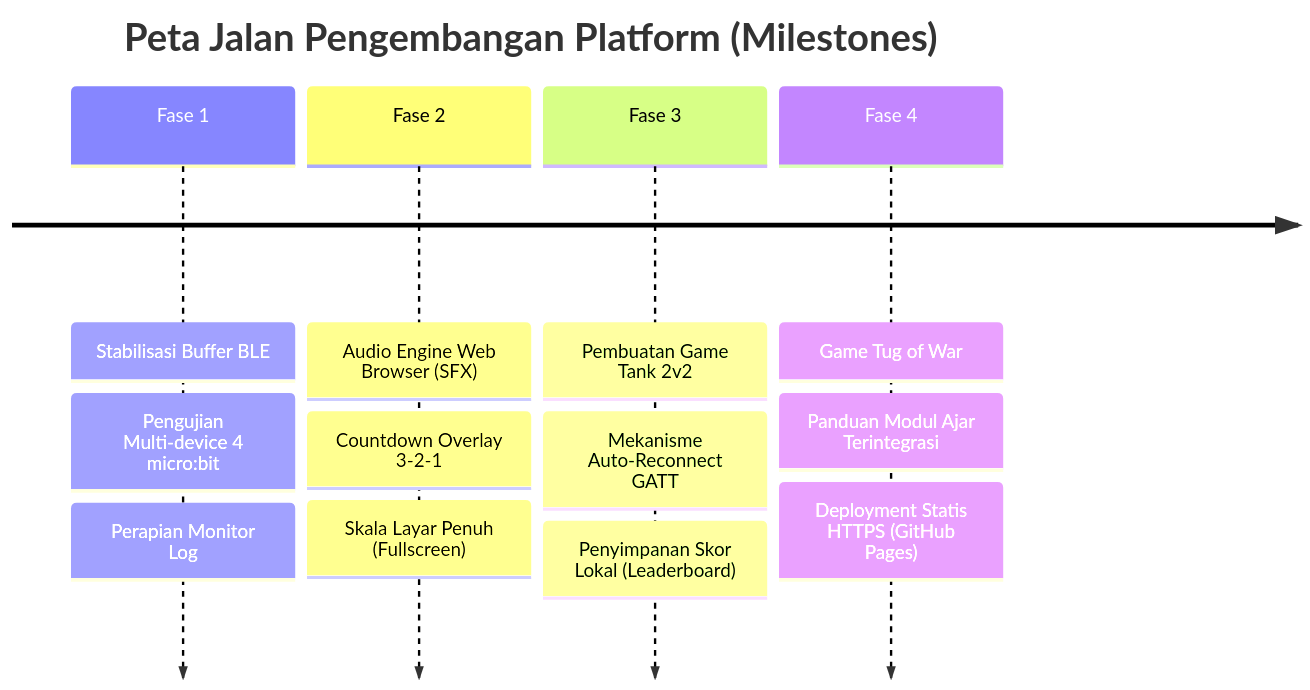
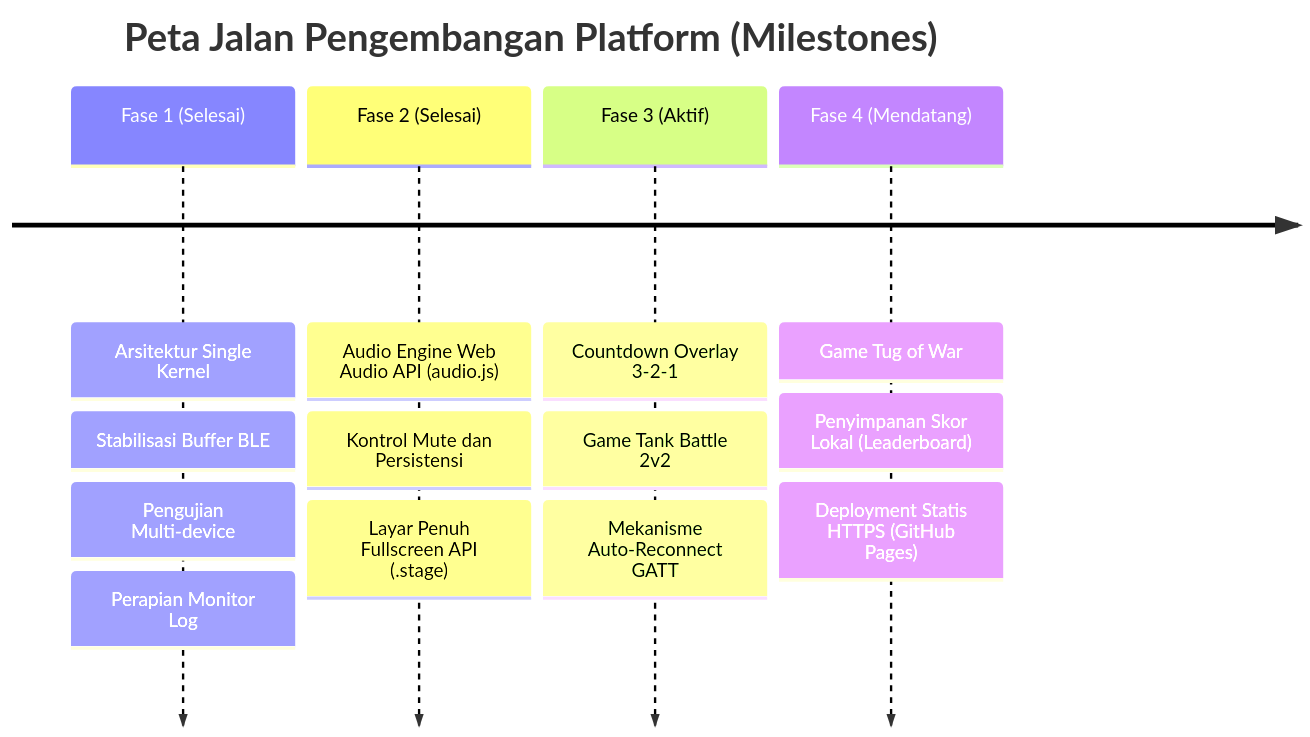
One commit to SaepudinAep/microbit-games changed the diagram in plan/05-future-roadmap-and-features.md. Above: the diagram before and after it, drawn with Mermaid. The commit also changed other lines of this file and 5 other files, not shown here.

````diff
--- a/plan/05-future-roadmap-and-features.md
+++ b/plan/05-future-roadmap-and-features.md
@@ -48,8 +48,8 @@
 ```mermaid
 timeline
     title Peta Jalan Pengembangan Platform (Milestones)
-    Fase 1 : Stabilisasi Buffer BLE : Pengujian Multi-device 4 micro:bit : Perapian Monitor Log
-    Fase 2 : Audio Engine Web Browser (SFX) : Countdown Overlay 3-2-1 : Skala Layar Penuh (Fullscreen)
-    Fase 3 : Pembuatan Game Tank 2v2 : Mekanisme Auto-Reconnect GATT : Penyimpanan Skor Lokal (Leaderboard)
-    Fase 4 : Game Tug of War : Panduan Modul Ajar Terintegrasi : Deployment Statis HTTPS (GitHub Pages)
+    Fase 1 (Selesai) : Arsitektur Single Kernel : Stabilisasi Buffer BLE : Pengujian Multi-device : Perapian Monitor Log
+    Fase 2 (Selesai) : Audio Engine Web Audio API (audio.js) : Kontrol Mute dan Persistensi : Layar Penuh Fullscreen API (.stage)
+    Fase 3 (Aktif) : Countdown Overlay 3-2-1 : Game Tank Battle 2v2 : Mekanisme Auto-Reconnect GATT
+    Fase 4 (Mendatang) : Game Tug of War : Penyimpanan Skor Lokal (Leaderboard) : Deployment Statis HTTPS (GitHub Pages)
 ```
````
